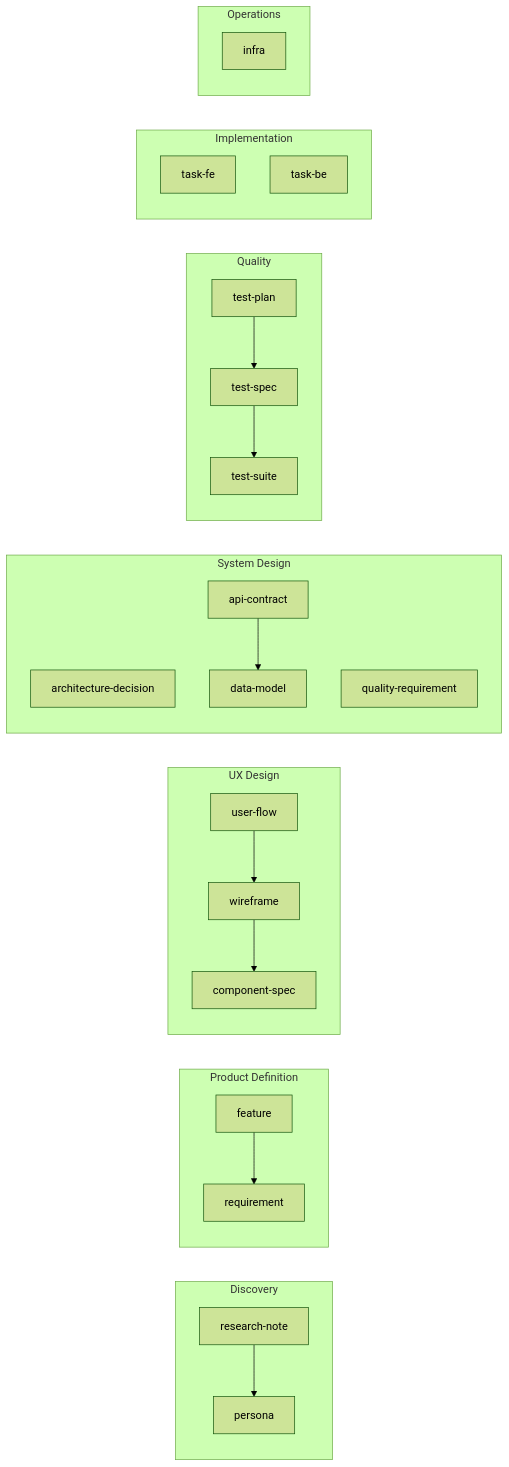
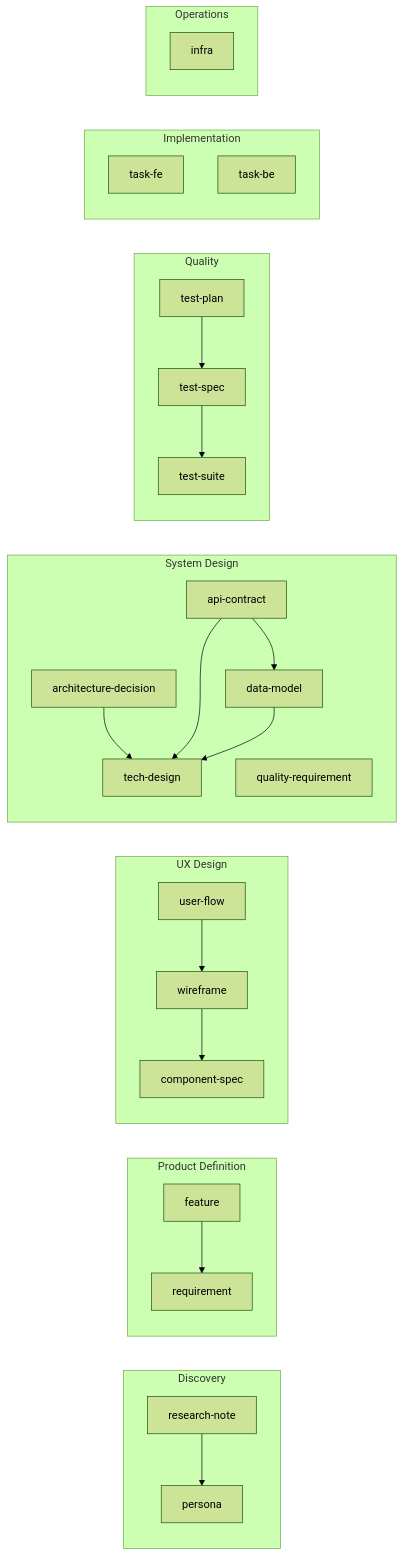
One commit to clitetailor/artifact-driven-development changed the second of 2 diagrams in reference/artifact-dep-graph.md. Above: the diagram before and after it, drawn with Mermaid (forest theme). The commit also changed other lines of this file and 6 other files, not shown here.

First line of the commit message:
Add tech-design artifact type

````diff
--- a/reference/artifact-dep-graph.md
+++ b/reference/artifact-dep-graph.md
@@ -75,27 +75,30 @@
 ```mermaid
 graph LR
     subgraph Discovery
         RN[research-note] --> P[persona]
     end
     subgraph PD[Product Definition]
         F[feature] --> R[requirement]
     end
     subgraph UX[UX Design]
         UF[user-flow] --> WF[wireframe] --> CS[component-spec]
     end
     subgraph SD[System Design]
         ADR[architecture-decision]
         QR[quality-requirement]
         API[api-contract] --> DM[data-model]
+        ADR --> TD[tech-design]
+        API --> TD
+        DM --> TD
     end
     subgraph Quality
         TP[test-plan] --> TS[test-spec] --> SU[test-suite]
     end
     subgraph Implementation
         TFE[task-fe]
         TBE[task-be]
     end
     subgraph Operations
         INF[infra]
     end
 ```
````
